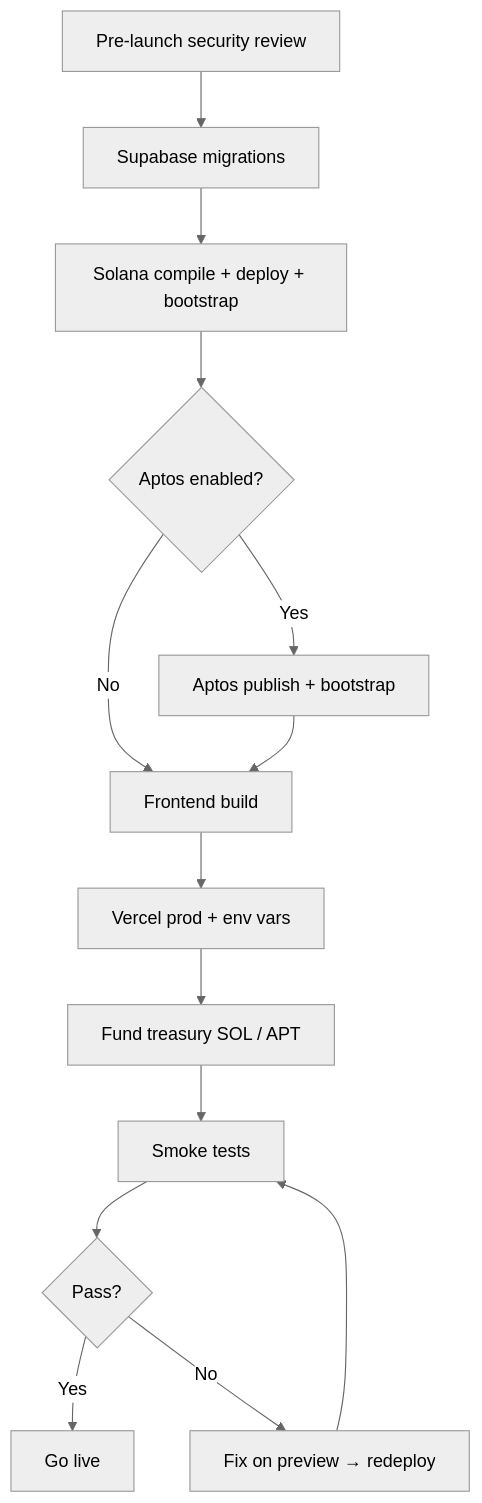
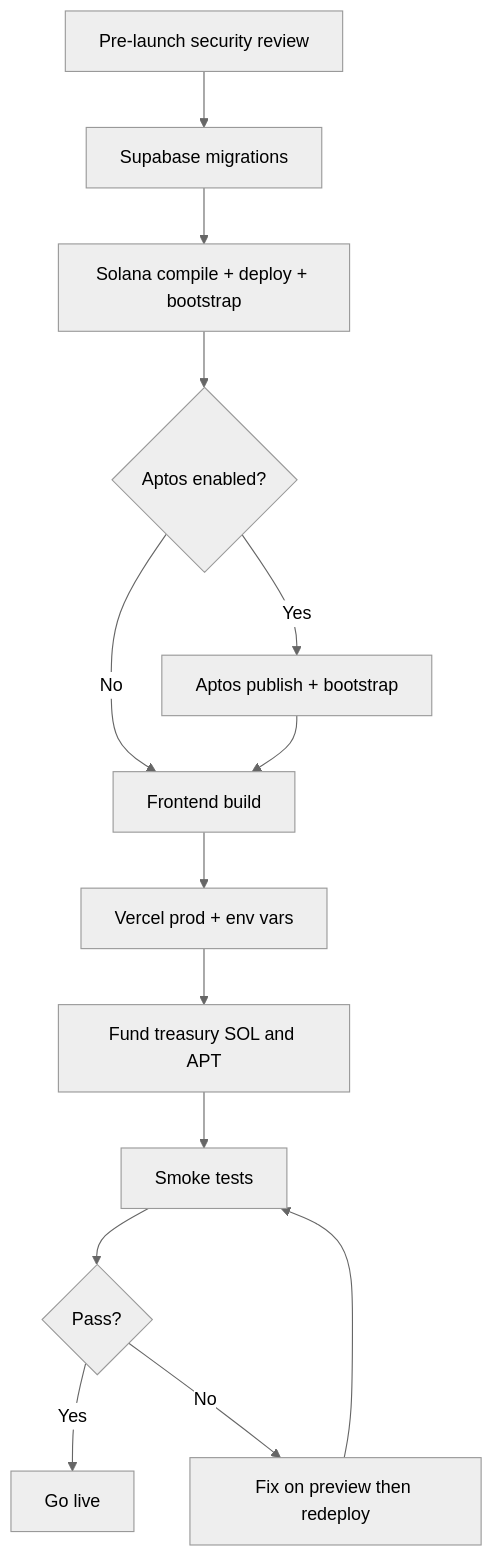
Before and after one commit to AmaanSayyad/apt-casino: the first of 3 diagrams in mainnet.md, drawn with Mermaid (neutral theme). The commit also changed other lines of this file and 5 other files, not shown here.

First line of the commit message:
docs: fix Mermaid diagrams for GitHub rendering

````diff
--- a/mainnet.md
+++ b/mainnet.md
@@ -7,16 +7,16 @@
 ```mermaid
 flowchart TD
     A[Pre-launch security review] --> B[Supabase migrations]
     B --> C[Solana compile + deploy + bootstrap]
     C --> D{Aptos enabled?}
     D -->|Yes| E[Aptos publish + bootstrap]
     D -->|No| F[Frontend build]
     E --> F
     F --> G[Vercel prod + env vars]
-    G --> H[Fund treasury SOL / APT]
+    G --> H["Fund treasury SOL and APT"]
     H --> I[Smoke tests]
     I --> J{Pass?}
     J -->|Yes| K[Go live]
-    J -->|No| L[Fix on preview → redeploy]
+    J -->|No| L[Fix on preview then redeploy]
     L --> I
 ```
````
